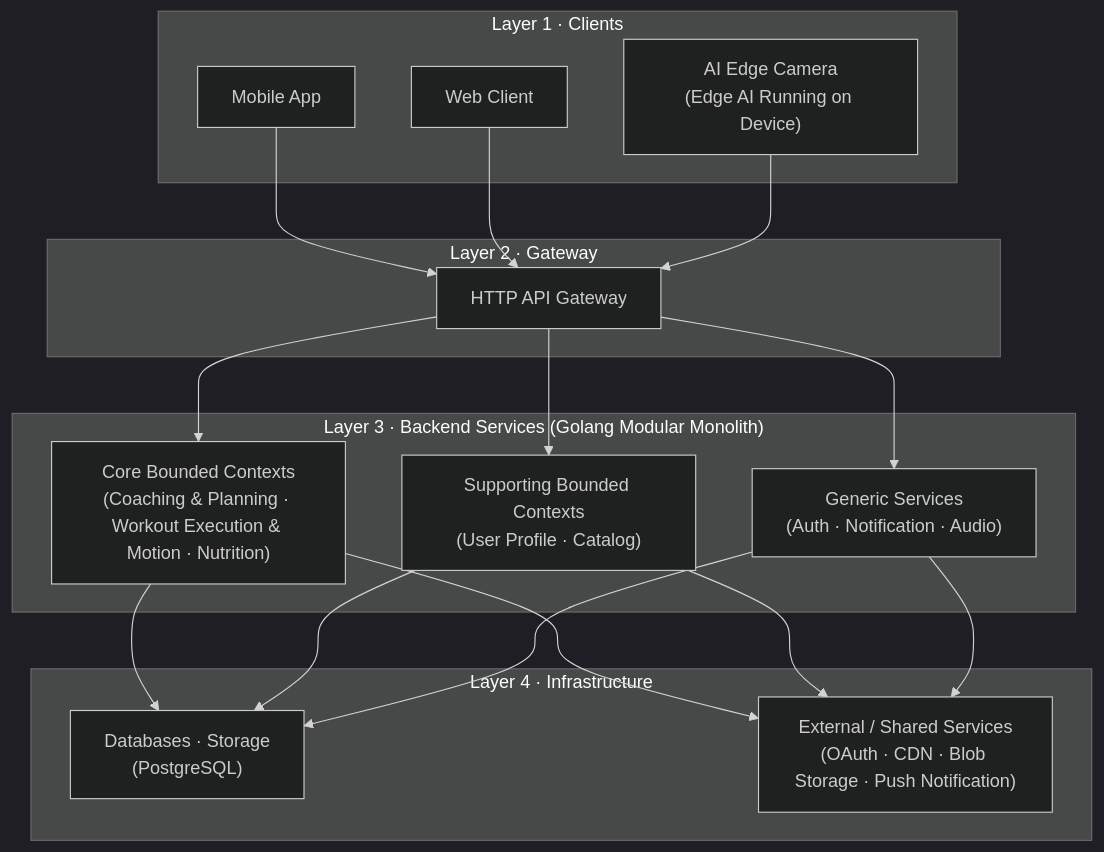
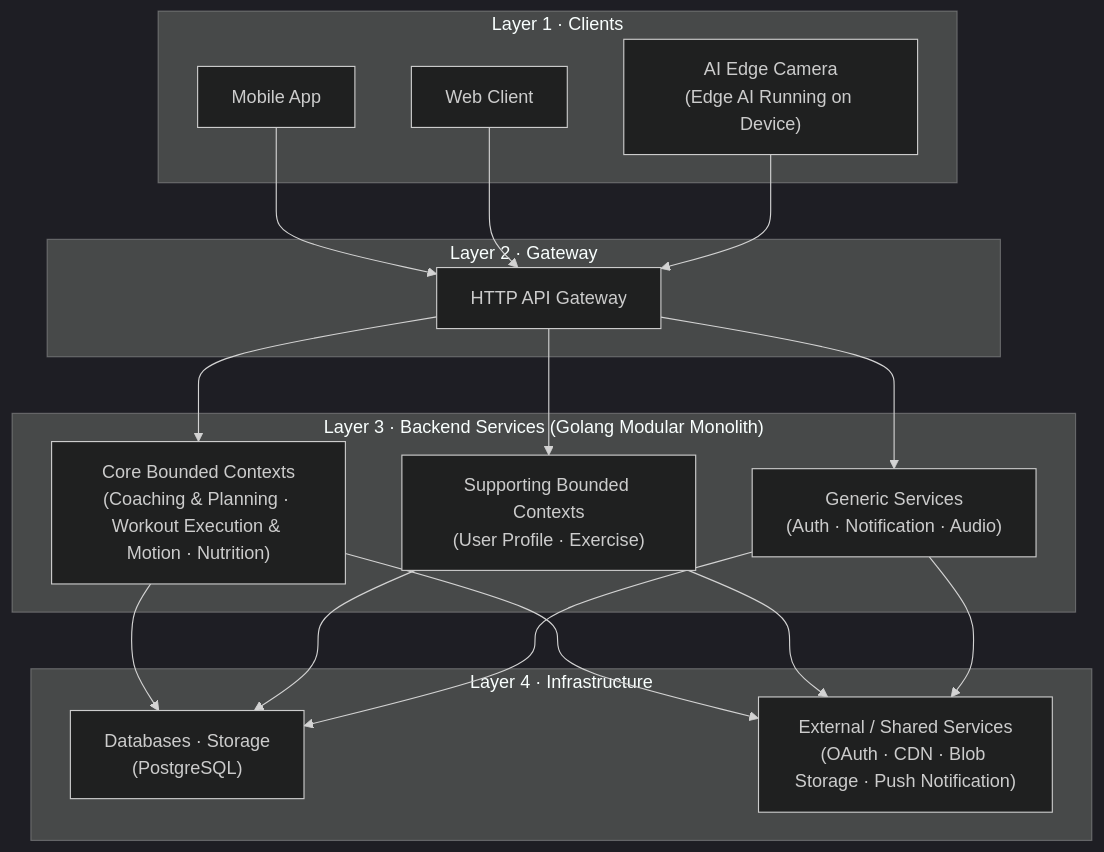
One commit to viethung213/gym-companion changed the diagram in docs/01_architecture.md. Above: the diagram before and after it, drawn with Mermaid (dark theme). The commit also changed other lines of this file and 22 other files, not shown here.

````diff
--- a/docs/01_architecture.md
+++ b/docs/01_architecture.md
@@ -17,39 +17,39 @@
 ```mermaid
 graph TB
     subgraph "Layer 1 · Clients"
         Mobile["Mobile App"]
         Web["Web Client"]
         Edge["AI Edge Camera<br/>(Edge AI Running on Device)"]
     end
 
     subgraph "Layer 2 · Gateway"
         GW["HTTP API Gateway"]
     end
 
     subgraph "Layer 3 · Backend Services (Golang Modular Monolith)"
         Core["Core Bounded Contexts<br/>(Coaching & Planning · Workout Execution & Motion · Nutrition)"]
-        Support["Supporting Bounded Contexts<br/>(User Profile · Catalog)"]
+        Support["Supporting Bounded Contexts<br/>(User Profile · Exercise)"]
         Generic["Generic Services<br/>(Auth · Notification · Audio)"]
     end
 
     subgraph "Layer 4 · Infrastructure"
         DB["Databases · Storage<br/>(PostgreSQL)"]
         Ext["External / Shared Services<br/>(OAuth · CDN · Blob Storage · Push Notification)"]
     end
 
     Mobile --> GW
     Web --> GW
     Edge --> GW
 
     GW --> Core
     GW --> Support
     GW --> Generic
 
     Core --> DB
     Support --> DB
     Generic --> DB
     
     Core --> Ext
     Support --> Ext
     Generic --> Ext
 ```
````
